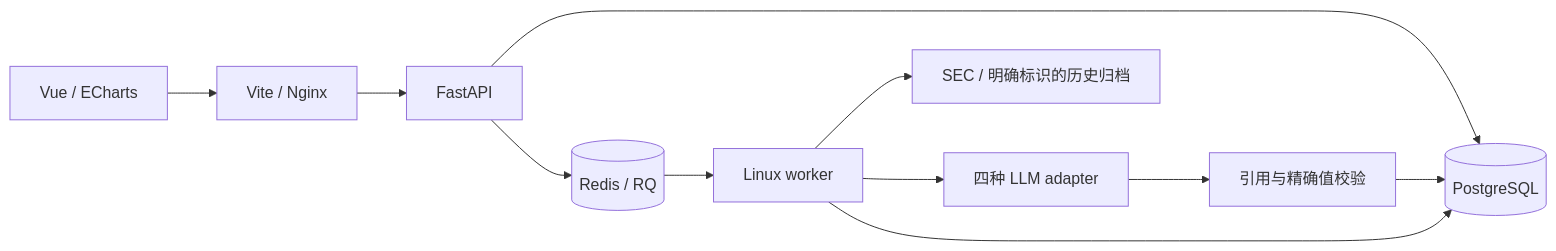
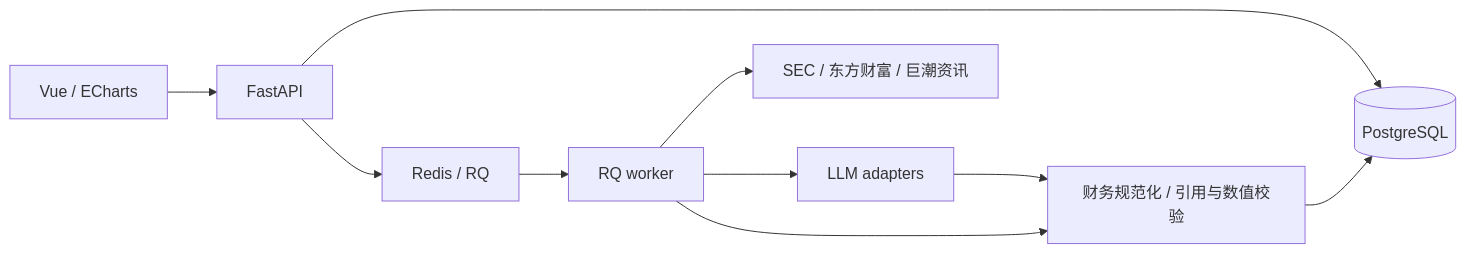
The diagram in README.md (Craft-s/FinSight-AI), drawn with Mermaid before and after one commit. The commit also changed other lines of this file, not shown here.

````diff
--- a/README.md
+++ b/README.md
@@ -117,13 +75,12 @@
 ```mermaid
 flowchart LR
-    V[Vue / ECharts] --> F[Vite / Nginx]
-    F --> A[FastAPI]
-    A --> P[(PostgreSQL)]
-    A --> R[(Redis / RQ)]
-    R --> W[Linux worker]
-    W --> S[SEC / 明确标识的历史归档]
-    W --> L[四种 LLM adapter]
-    W --> P
-    L --> C[引用与精确值校验]
-    C --> P
+    UI["Vue / ECharts"] --> API["FastAPI"]
+    API --> DB[(PostgreSQL)]
+    API --> Queue["Redis / RQ"]
+    Queue --> Worker["RQ worker"]
+    Worker --> Sources["SEC / 东方财富 / 巨潮资讯"]
+    Worker --> Models["LLM adapters"]
+    Worker --> Validation["财务规范化 / 引用与数值校验"]
+    Validation --> DB
+    Models --> Validation
 ```
````
